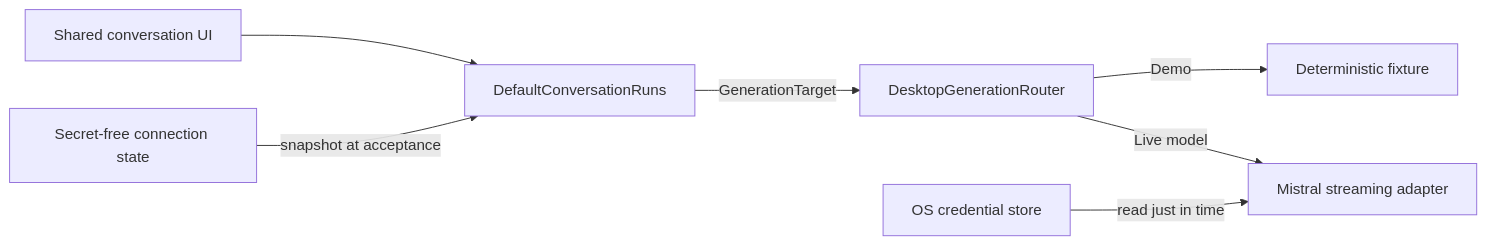
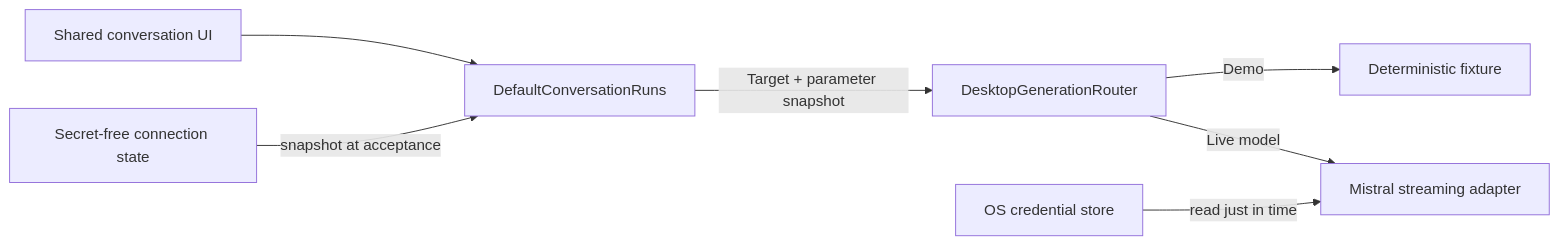
The diagram in docs/architecture/live-conversation-routing.md (artemidius/blowhard), drawn with Mermaid before and after one commit. The commit also changed other lines of this file and 5 other files, not shown here.

````diff
--- a/docs/architecture/live-conversation-routing.md
+++ b/docs/architecture/live-conversation-routing.md
@@ -6,9 +6,9 @@
 ```mermaid
 flowchart LR
     UI[Shared conversation UI] --> Runs[DefaultConversationRuns]
     Settings[Secret-free connection state] -->|snapshot at acceptance| Runs
-    Runs -->|GenerationTarget| Router[DesktopGenerationRouter]
+    Runs -->|Target + parameter snapshot| Router[DesktopGenerationRouter]
     Router -->|Demo| Fixture[Deterministic fixture]
     Router -->|Live model| Mistral[Mistral streaming adapter]
     Vault[OS credential store] -->|read just in time| Mistral
 ```
````
